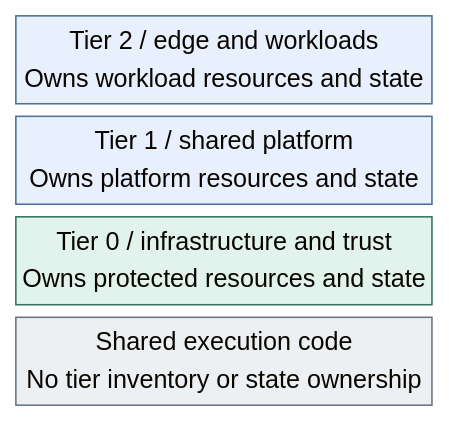
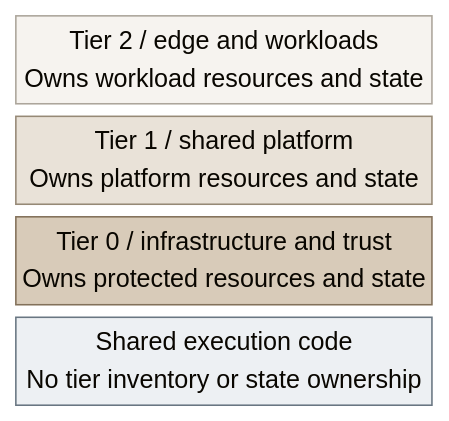
The diagram in docs/01-architecture/02-organization/01-tier-ownership.md (Rexus/homelab), drawn with Mermaid before and after one commit. The commit also changed 108 other files, not shown here.

Commit message:
docs(diagrams): unify visual language and opening views

````diff
--- a/docs/01-architecture/02-organization/01-tier-ownership.md
+++ b/docs/01-architecture/02-organization/01-tier-ownership.md
@@ -11,16 +11,20 @@
 ```mermaid
 %%{init: {"theme":"base","themeVariables":{"lineColor":"#627581"}}}%%
 block-beta
   columns 1
   T2["Tier 2 / edge and workloads<br/>Owns workload resources and state"]
   T1["Tier 1 / shared platform<br/>Owns platform resources and state"]
   T0["Tier 0 / infrastructure and trust<br/>Owns protected resources and state"]
   Shared["Shared execution code<br/>No tier inventory or state ownership"]
   classDef default fill:#f8fafc,stroke:#64748b,color:#1f2937
   classDef services fill:#e7f0fc,stroke:#4d719b,color:#203a5b
   classDef control fill:#e2f3ed,stroke:#397366,color:#173f36
   classDef actor fill:#edf0f3,stroke:#697682,color:#293642
-  class T2,T1 services
-  class T0 control
+  classDef tier2 fill:#f6f3ef,stroke:#aca59b,color:#4b443c
+  classDef tier1 fill:#e9e2d8,stroke:#968976,color:#44382a
+  classDef tier0 fill:#d8cbb9,stroke:#83715a,color:#352a1e
+  class T2 tier2
+  class T1 tier1
+  class T0 tier0
   class Shared actor
 ```
````
